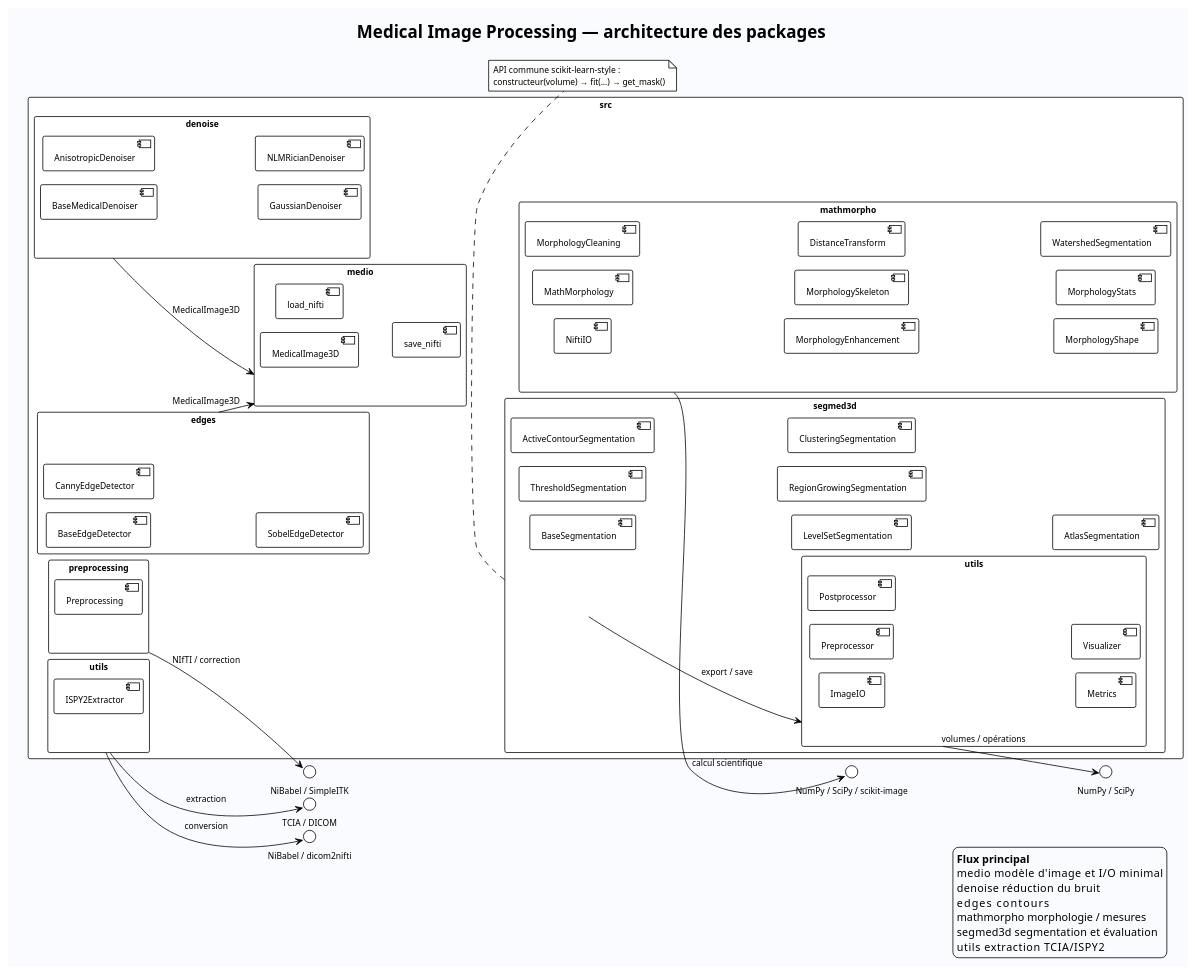
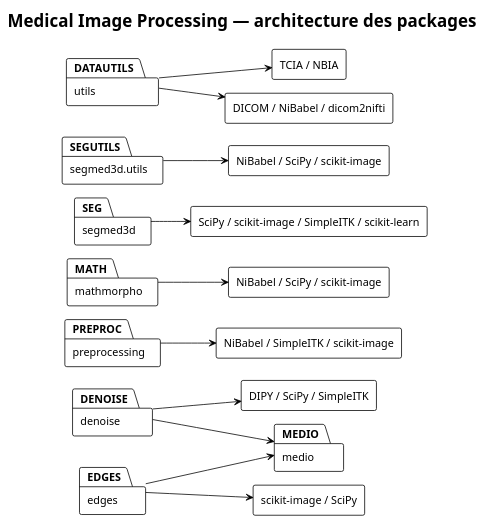
One commit to asClement/Medical_Image_Processing changed the diagram in diagrams/package_diagram.puml. Above: the diagram before and after it, drawn with PlantUML. The commit also changed 34 other files, not shown here.

```diff
--- a/diagrams/package_diagram.puml
+++ b/diagrams/package_diagram.puml
@@ -1,89 +1,40 @@
 @startuml package_diagram
 !pragma layout smetana
 !theme plain
 left to right direction
-skinparam backgroundColor #FAFBFF
-skinparam defaultFontName Arial
-skinparam defaultFontSize 11
+skinparam monochrome true
 skinparam packageStyle rectangle
 skinparam shadowing false
+skinparam componentStyle rectangle
+skinparam linetype ortho
 
 title "Medical Image Processing — architecture des packages"
 
-package "src" as SRC {
-  package "medio" as MEDIO {
-    [MedicalImage3D]
-    [load_nifti]
-    [save_nifti]
-  }
-  package "denoise" as DENOISE {
-    [BaseMedicalDenoiser]
-    [AnisotropicDenoiser]
-    [GaussianDenoiser]
-    [NLMRicianDenoiser]
-  }
-  package "edges" as EDGES {
-    [BaseEdgeDetector]
-    [CannyEdgeDetector]
-    [SobelEdgeDetector]
-  }
-  package "preprocessing" as PREPROC {
-    [Preprocessing]
-  }
-  package "mathmorpho" as MATH {
-    [NiftiIO]
-    [MathMorphology]
-    [MorphologyCleaning]
-    [MorphologyEnhancement]
-    [MorphologySkeleton]
-    [DistanceTransform]
-    [MorphologyShape]
-    [MorphologyStats]
-    [WatershedSegmentation]
-  }
-  package "segmed3d" as SEG {
-    [BaseSegmentation]
-    [ThresholdSegmentation]
-    [WatershedSegmentation]
-    [ActiveContourSegmentation]
-    [LevelSetSegmentation]
-    [RegionGrowingSegmentation]
-    [ClusteringSegmentation]
-    [AtlasSegmentation]
-    package "utils" as SEGUTILS {
-      [ImageIO]
-      [Preprocessor]
-      [Postprocessor]
-      [Metrics]
-      [Visualizer]
-    }
-  }
-  package "utils" as DATAUTILS {
-    [ISPY2Extractor]
-  }
-}
+package "medio" as MEDIO
+package "denoise" as DENOISE
+package "edges" as EDGES
+package "preprocessing" as PREPROC
+package "mathmorpho" as MATH
+package "segmed3d" as SEG
+package "segmed3d.utils" as SEGUTILS
+package "utils" as DATAUTILS
+component "DIPY / SciPy / SimpleITK" as DENOISE_LIB
+component "scikit-image / SciPy" as EDGES_LIB
+component "NiBabel / SimpleITK / scikit-image" as PREPROC_LIB
+component "NiBabel / SciPy / scikit-image" as MATH_LIB
+component "SciPy / scikit-image / SimpleITK / scikit-learn" as SEG_LIB
+component "NiBabel / SciPy / scikit-image" as SEGUTILS_LIB
+component "TCIA / NBIA" as TCIA_LIB
+component "DICOM / NiBabel / dicom2nifti" as DATA_LIB
 
-DENOISE --> MEDIO : MedicalImage3D
-EDGES --> MEDIO : MedicalImage3D
-SEG --> SEGUTILS : export / save
-SEGUTILS --> "NumPy / SciPy" : volumes / opérations
-MATH --> "NumPy / SciPy / scikit-image" : calcul scientifique
-PREPROC --> "NiBabel / SimpleITK" : NIfTI / correction
-DATAUTILS --> "TCIA / DICOM" : extraction
-DATAUTILS --> "NiBabel / dicom2nifti" : conversion
-
-note bottom of SEG
-  API commune scikit-learn-style :
-  constructeur(volume) → fit(...) → get_mask()
-end note
-
-legend right
-  <b>Flux principal</b>
-  medio      modèle d'image et I/O minimal
-  denoise    réduction du bruit
-  edges      contours
-  mathmorpho morphologie / mesures
-  segmed3d   segmentation et évaluation
-  utils      extraction TCIA/ISPY2
-endlegend
+DENOISE --> MEDIO
+EDGES --> MEDIO
+DENOISE --> DENOISE_LIB
+EDGES --> EDGES_LIB
+PREPROC --> PREPROC_LIB
+MATH --> MATH_LIB
+SEG --> SEG_LIB
+SEGUTILS --> SEGUTILS_LIB
+DATAUTILS --> TCIA_LIB
+DATAUTILS --> DATA_LIB
 @enduml
```
